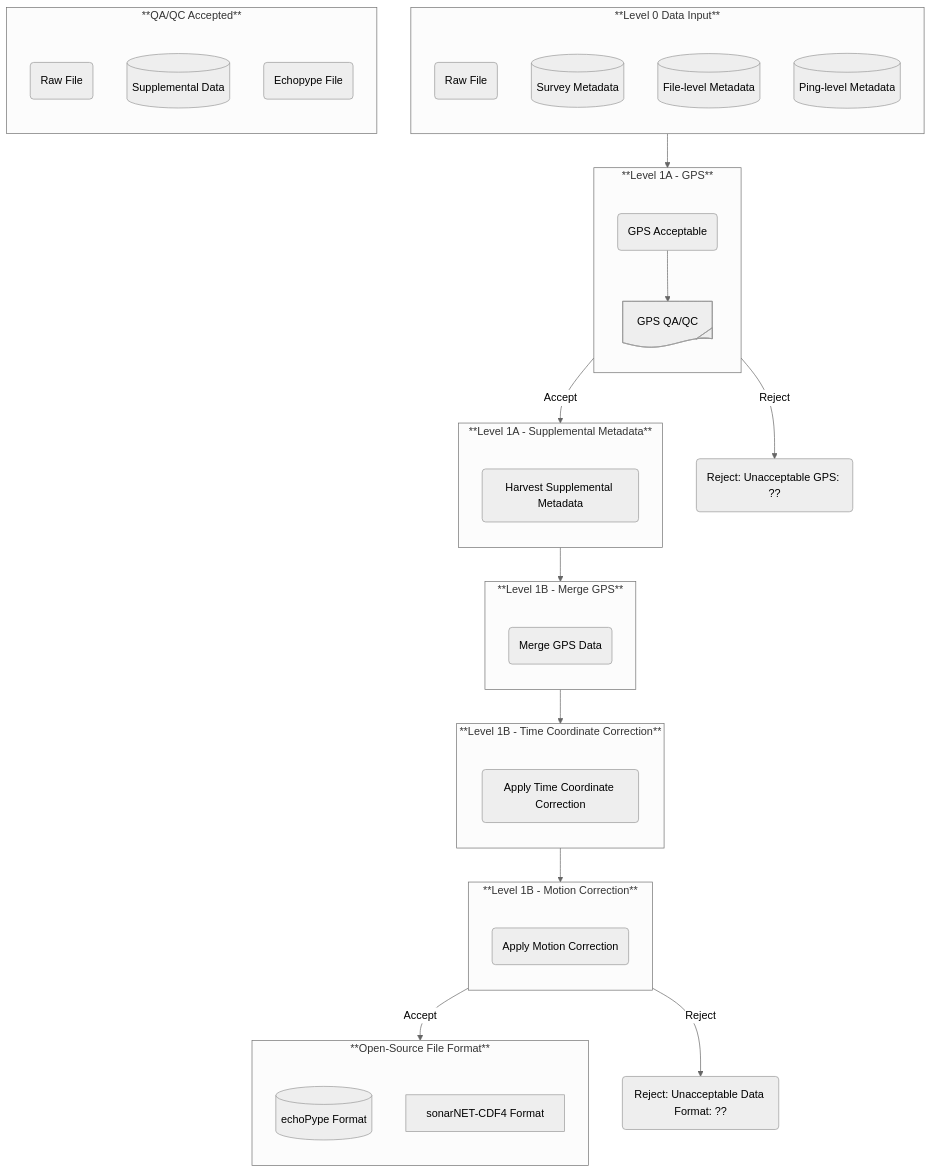
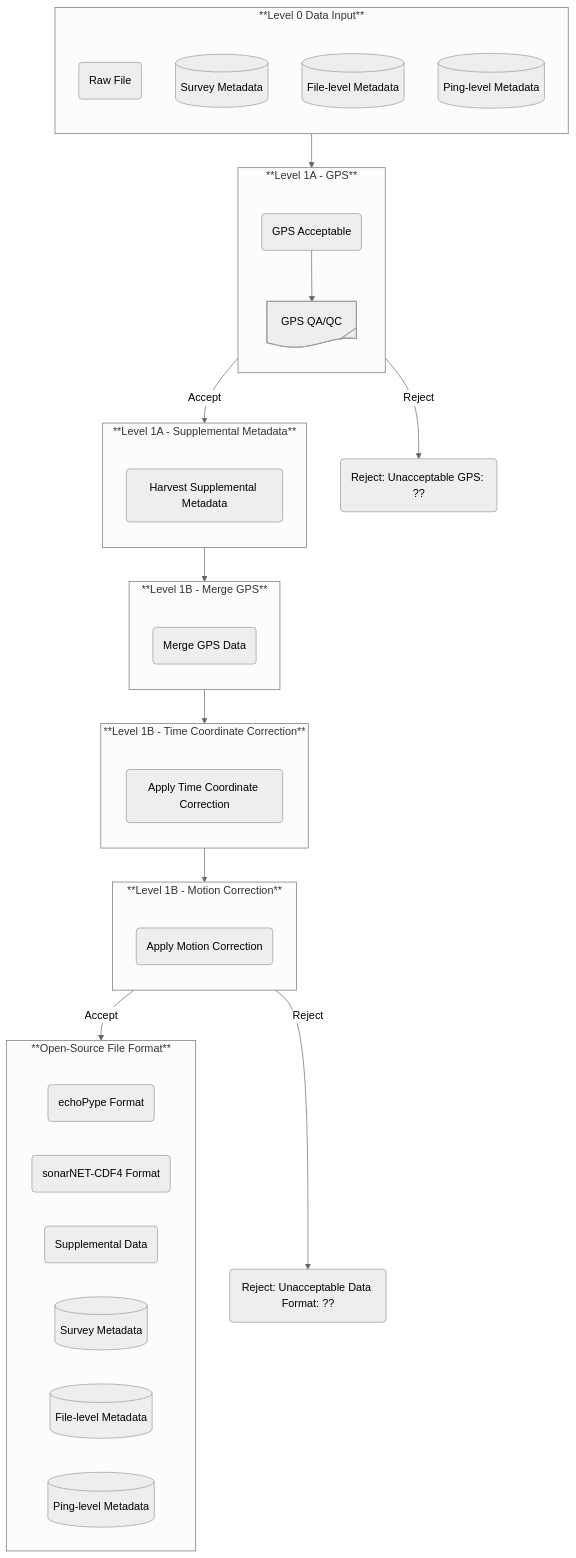
One commit to nmfs-ost/AA-SI_DataRoadMap changed the second of 3 diagrams in README.md. Above: the diagram before and after it, drawn with Mermaid (neutral theme). The commit also changed other lines of this file, not shown here.

First line of the commit message:
Modify Level 2 flowchart

````diff
--- a/README.md
+++ b/README.md
@@ -121,59 +121,55 @@
 ```mermaid
 ---
 config:
     flowchart:
         subGraphTitleMargin:
             "bottom": 30
 ---
 flowchart TB
     subgraph SG_L1_InputData["**Level 0 Data Input**"]
         direction TB
-        node_L0_RD@{ shape: rounded, label: "Raw File" }
-        node_L0_SMD@{ shape: database, label: "Survey Metadata" }
-        node_L0_FMD@{ shape: database, label: "File-level Metadata" }
-        node_L0_PMD@{ shape: database, label: "Ping-level Metadata" }
+        node_L1_RD@{ shape: rounded, label: "Raw File" }
+        node_L1_SMD@{ shape: database, label: "Survey Metadata" }
+        node_L1_FMD@{ shape: database, label: "File-level Metadata" }
+        node_L1_PMD@{ shape: database, label: "Ping-level Metadata" }
     end
     subgraph SG_L1A_GPS["**Level 1A - GPS**"]
         direction TB
         node_L1A_GPS@{ shape: rounded, label: "GPS Acceptable" } --> node_L1A_GPSOK@{ shape: tag-doc, label: "GPS QA/QC" }
     end
     subgraph SG_L1A_MD["**Level 1A - Supplemental Metadata**"]
         direction TB
         node_L1A_MD@{ shape: rounded, label: "Harvest Supplemental Metadata" } 
     end
     subgraph SG_L1B_MergeGPS["**Level 1B - Merge GPS**"]
         direction TB
         node_L1B_MergeGPS@{ shape: rounded, label: "Merge GPS Data" } 
     end
     subgraph SG_L1B_TimeCorr["**Level 1B - Time Coordinate Correction**"]
         direction TB
         node_L1B_TimeCorr@{ shape: rounded, label: "Apply Time Coordinate Correction" } 
     end
     subgraph SG_L1B_Motion["**Level 1B - Motion Correction**"]
         direction TB
         node_L1B_Motion@{ shape: rounded, label: "Apply Motion Correction" } 
     end
     subgraph SG_L1B_OS["**Open-Source File Format**"]
-        direction TB
-        node_L1B_EP@{ shape: database, label: "echoPype Format"}
-        node_L1B_sonarNet@{ database: rounded, label: "sonarNET-CDF4 Format"}
-    end
-    subgraph SG_L1A_AcceptFile["**QA/QC Accepted**"]
-        direction TB
-        node_L1B_RF1@{ shape: rounded, label: "Raw File" }
-        node_RFSD@{ shape: database, label: "Supplemental Data" }
-        node_EPF@{ shape: rounded, label: "Echopype File" }
-        %%node_L0RF1 --> node_EPF
-        %%node_RFSD --> node_EPF
+        direction LR
+        node_L1B_EP@{ shape: rounded, label: "echoPype Format"}
+        node_L1B_sonarNet@{ shape: rounded, label: "sonarNET-CDF4 Format"}
+        node_L1B_suppdata@{ shape: rounded, label: "Supplemental Data"}
+        node_L1B_SMD@{ shape: database, label: "Survey Metadata" }
+        node_L1B_FMD@{ shape: database, label: "File-level Metadata" }
+        node_L1B_PMD@{ shape: database, label: "Ping-level Metadata" }
     end
 SG_L1_InputData --> SG_L1A_GPS
 SG_L1A_GPS --> |Accept| SG_L1A_MD
 SG_L1A_GPS --> |Reject| node_Reject_L1A_GPS@{ shape: rounded, label: "Reject: Unacceptable GPS: ??" }
 SG_L1A_MD --> SG_L1B_MergeGPS
 SG_L1B_MergeGPS --> SG_L1B_TimeCorr
 SG_L1B_TimeCorr --> SG_L1B_Motion
 SG_L1B_Motion --> |Accept| SG_L1B_OS
 SG_L1B_Motion --> |Reject| node_Reject_L1B@{ shape: rounded, label: "Reject: Unacceptable Data Format: ??" }
 
 
 ```
````
